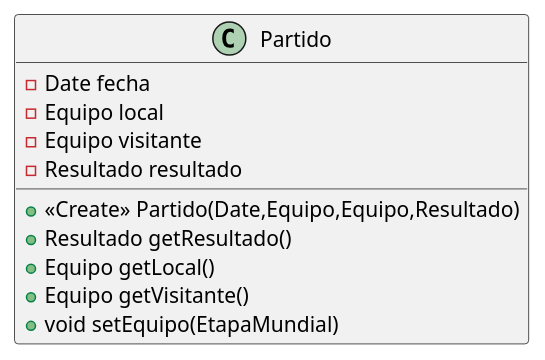
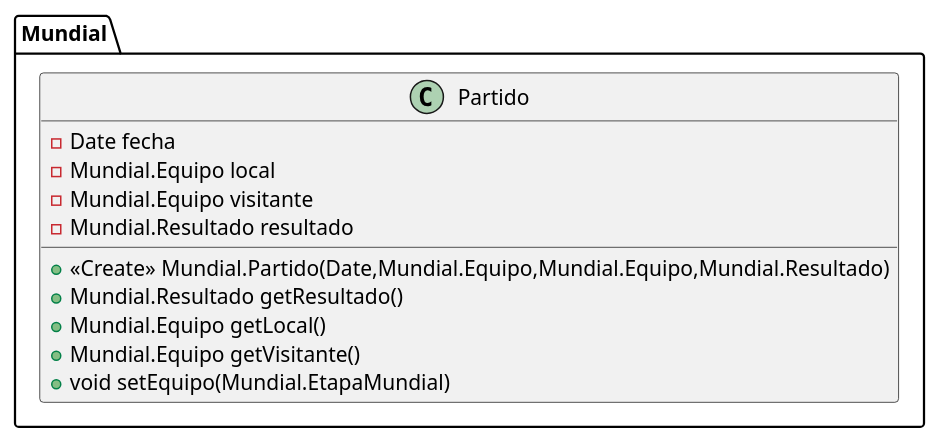
Before and after one commit to tatiAndonegui/TrabajoPractico2: the diagram in TP2/partido.puml, drawn with PlantUML. The commit also changed 27 other files, not shown here.

```diff
--- a/TP2/partido.puml
+++ b/TP2/partido.puml
@@ -1,13 +1,13 @@
 @startuml
-class Partido {
+class Mundial.Partido {
 - Date fecha
-- Equipo local
-- Equipo visitante
-- Resultado resultado
-+ <<Create>> Partido(Date,Equipo,Equipo,Resultado)
-+ Resultado getResultado()
-+ Equipo getLocal()
-+ Equipo getVisitante()
-+ void setEquipo(EtapaMundial)
+- Mundial.Equipo local
+- Mundial.Equipo visitante
+- Mundial.Resultado resultado
++ <<Create>> Mundial.Partido(Date,Mundial.Equipo,Mundial.Equipo,Mundial.Resultado)
++ Mundial.Resultado getResultado()
++ Mundial.Equipo getLocal()
++ Mundial.Equipo getVisitante()
++ void setEquipo(Mundial.EtapaMundial)
 }
 @enduml
```
